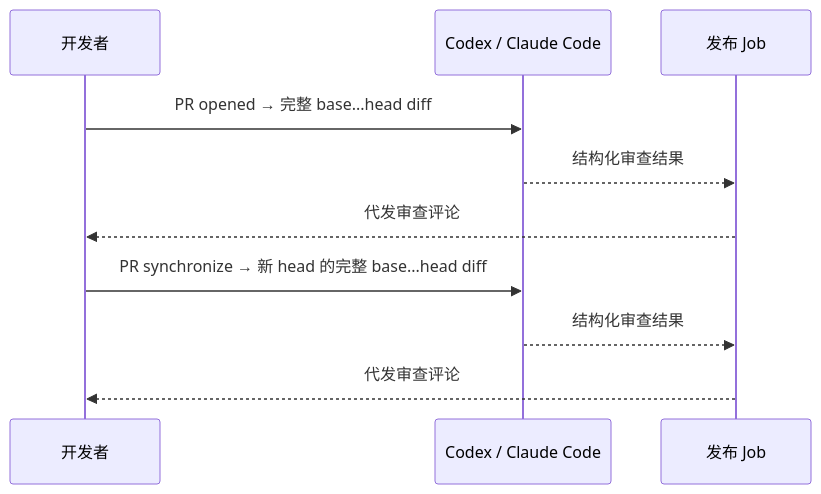
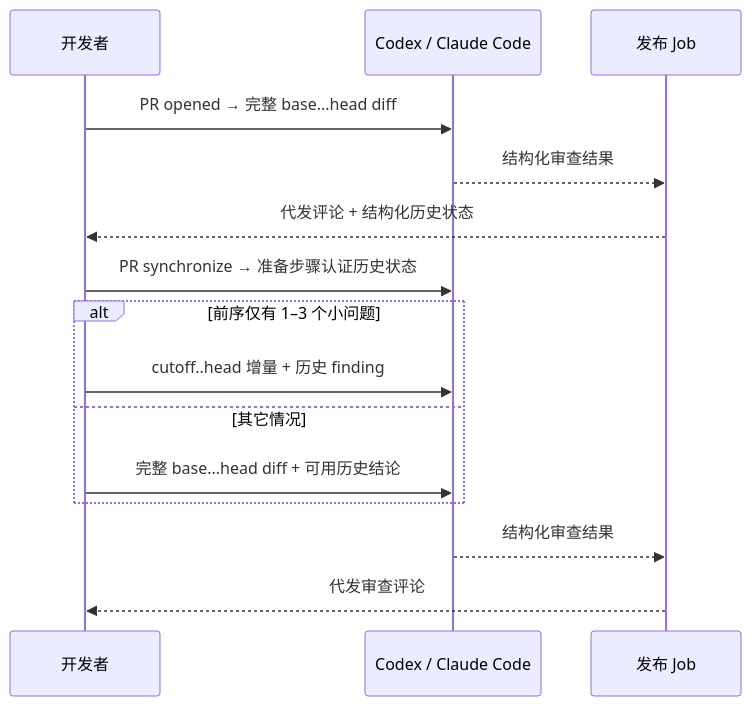
The sixth of 13 diagrams in docs/code-review-design.md (Lightspeed-Intelligence/agentic-workflow-template), drawn with Mermaid before and after one commit. The commit also changed other lines of this file and 9 other files, not shown here.

````diff
--- a/docs/code-review-design.md
+++ b/docs/code-review-design.md
@@ -187,14 +195,19 @@
 ```mermaid
 sequenceDiagram
     participant Dev as 开发者
     participant AI as Codex / Claude Code
     participant Pub as 发布 Job
 
     Dev->>AI: PR opened → 完整 base...head diff
     AI-->>Pub: 结构化审查结果
-    Pub-->>Dev: 代发审查评论
+    Pub-->>Dev: 代发评论 + 结构化历史状态
 
-    Dev->>AI: PR synchronize → 新 head 的完整 base...head diff
+    Dev->>AI: PR synchronize → 准备步骤认证历史状态
+    alt 前序仅有 1–3 个小问题
+        Dev->>AI: cutoff..head 增量 + 历史 finding
+    else 其它情况
+        Dev->>AI: 完整 base...head diff + 可用历史结论
+    end
     AI-->>Pub: 结构化审查结果
     Pub-->>Dev: 代发审查评论
 ```
````
